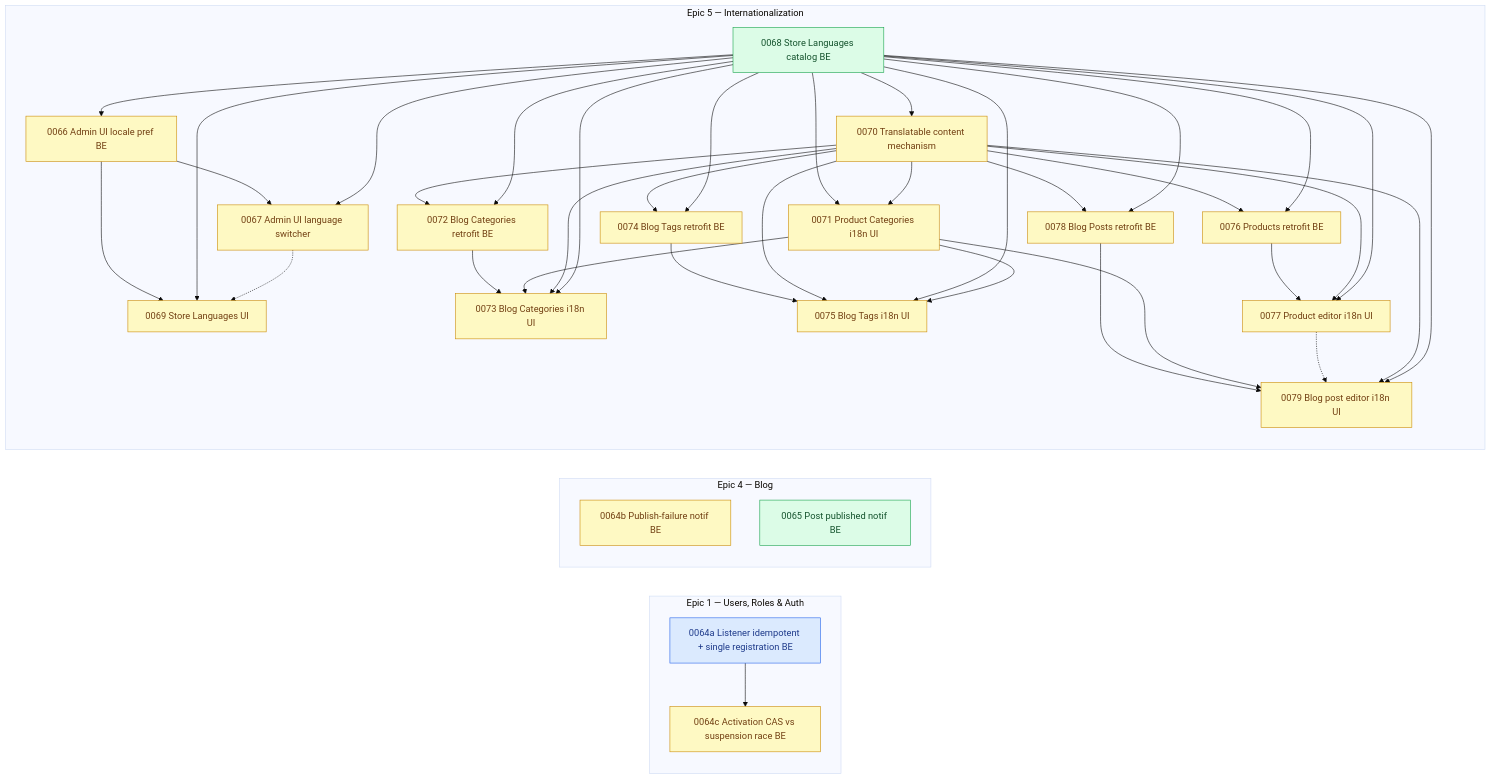
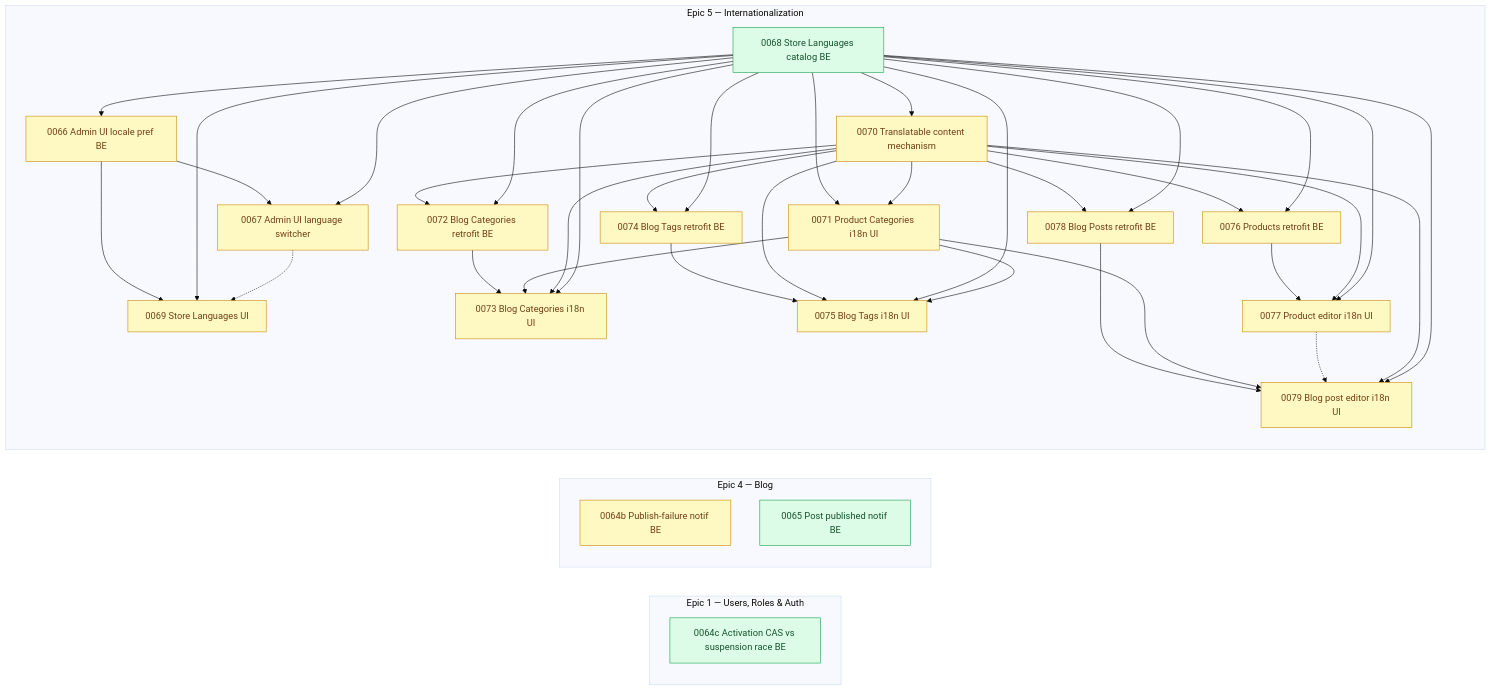
The diagram in arospe/ai-spec/tasks-map.md (shojen/AI4Devs-finalproject), drawn with Mermaid (base theme) before and after one commit. The commit also changed other lines of this file and 5 other files, not shown here.

````diff
--- a/arospe/ai-spec/tasks-map.md
+++ b/arospe/ai-spec/tasks-map.md
@@ -277,7 +278,6 @@
 
     subgraph PEND_AUTH["Epic 1 — Users, Roles & Auth"]
         direction TB
-        P0064a["0064a Listener idempotent + single registration BE"]
         P0064c["0064c Activation CAS vs suspension race BE"]
     end
 
@@ -370,9 +370,7 @@
     P0077 -.-> P0079
     P0070 --> P0079
     P0068 --> P0079
-    P0064a --> P0064c
 
-    class P0064b,P0064c,P0066,P0067,P0069,P0070,P0071,P0072,P0073,P0074,P0075,P0076,P0077,P0078,P0079 pending;
-    class P0064a claimed;
-    class P0065,P0068 ready;
+    class P0064b,P0066,P0067,P0069,P0070,P0071,P0072,P0073,P0074,P0075,P0076,P0077,P0078,P0079 pending;
+    class P0064c,P0065,P0068 ready;
 ```
````
